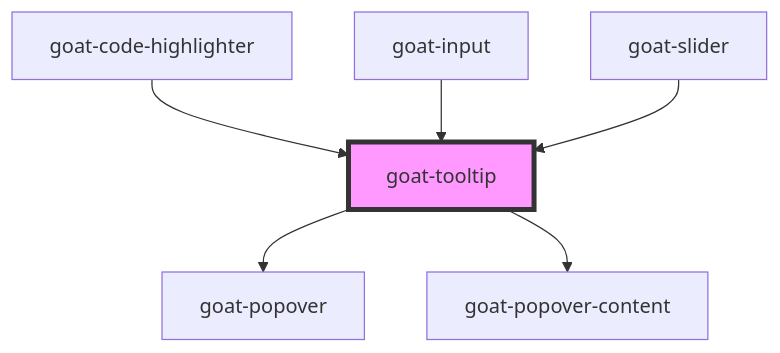
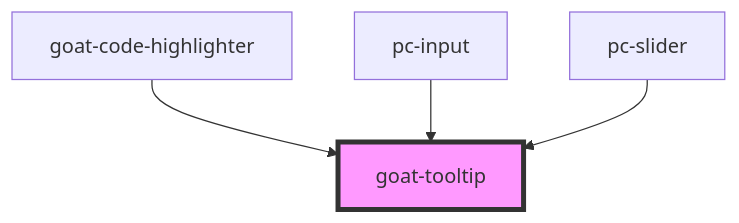
Before and after one commit to redvars/peacock: the diagram in src/components/tooltip/readme.md, drawn with Mermaid. The commit also changed other lines of this file and 127 other files, not shown here.

````diff
--- a/src/components/tooltip/readme.md
+++ b/src/components/tooltip/readme.md
@@ -31,9 +26,7 @@
 ```mermaid
 graph TD;
-  goat-tooltip --> goat-popover
-  goat-tooltip --> goat-popover-content
   goat-code-highlighter --> goat-tooltip
-  goat-input --> goat-tooltip
-  goat-slider --> goat-tooltip
+  pc-input --> goat-tooltip
+  pc-slider --> goat-tooltip
   style goat-tooltip fill:#f9f,stroke:#333,stroke-width:4px
 ```
````
